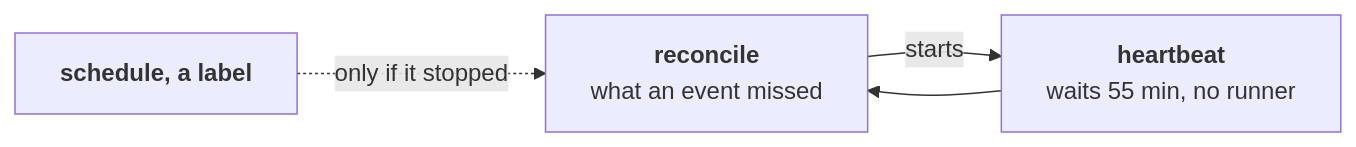
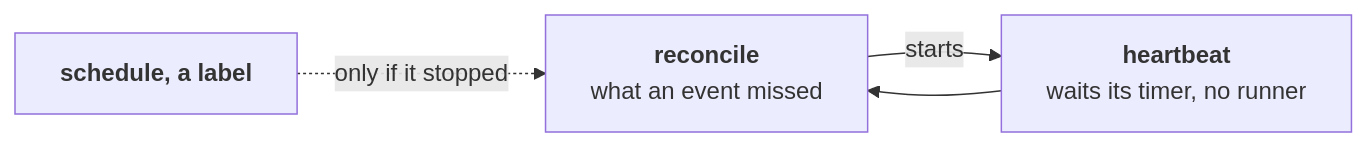
The diagram in docs/github/heartbeat.md (JN0V/workline), drawn with Mermaid before and after one commit. The commit also changed other lines of this file and 4 other files, not shown here.

````diff
--- a/docs/github/heartbeat.md
+++ b/docs/github/heartbeat.md
@@ -9,6 +9,6 @@
 ```mermaid
 flowchart LR
-  rec["<b>reconcile</b><br/>what an event missed"] -- "starts" --> beat["<b>heartbeat</b><br/>waits 55 min, no runner"]
+  rec["<b>reconcile</b><br/>what an event missed"] -- "starts" --> beat["<b>heartbeat</b><br/>waits its timer, no runner"]
   beat --> rec
   sched["<b>schedule, a label</b>"] -. "only if it stopped" .-> rec
 ```
````
